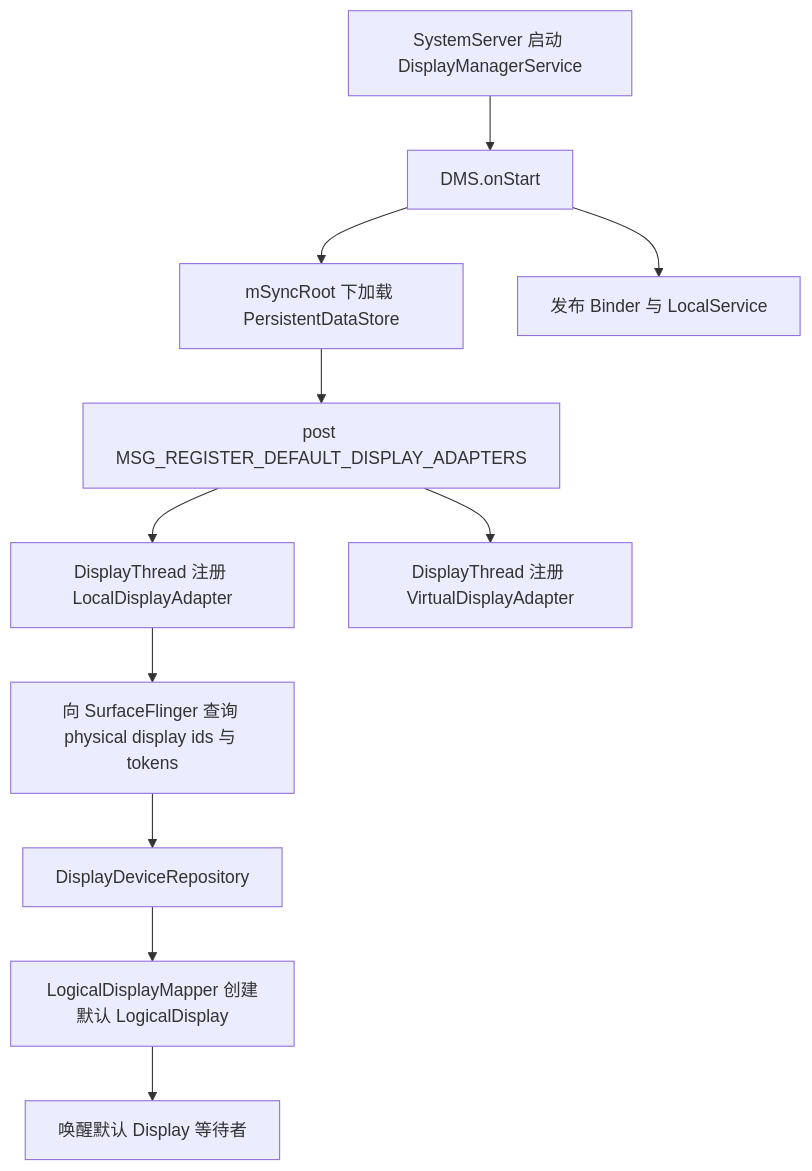
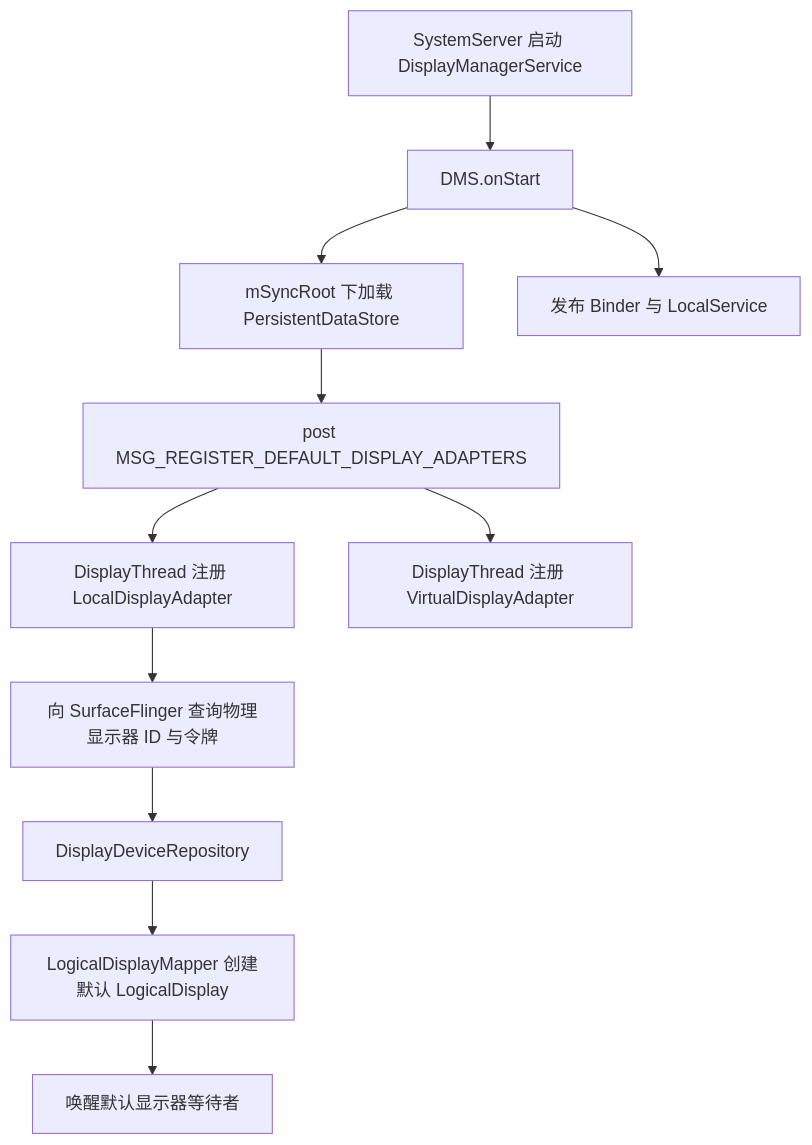
Before and after one commit to Gracker/android-internals-wiki: the first of 3 diagrams in src/part1-fundamentals/ch02-rendering/30-displaymanager-service-lifecycle.md, drawn with Mermaid. The commit also changed other lines of this file and 4 other files, not shown here.

````diff
--- a/src/part1-fundamentals/ch02-rendering/30-displaymanager-service-lifecycle.md
+++ b/src/part1-fundamentals/ch02-rendering/30-displaymanager-service-lifecycle.md
@@ -86,13 +86,13 @@
 ```mermaid
 flowchart TD
     A["SystemServer 启动 DisplayManagerService"] --> B["DMS.onStart"]
     B --> C["mSyncRoot 下加载 PersistentDataStore"]
     C --> D["post MSG_REGISTER_DEFAULT_DISPLAY_ADAPTERS"]
     B --> E["发布 Binder 与 LocalService"]
     D --> F["DisplayThread 注册 LocalDisplayAdapter"]
     D --> G["DisplayThread 注册 VirtualDisplayAdapter"]
-    F --> H["向 SurfaceFlinger 查询 physical display ids 与 tokens"]
+    F --> H["向 SurfaceFlinger 查询物理显示器 ID 与令牌"]
     H --> I["DisplayDeviceRepository"]
     I --> J["LogicalDisplayMapper 创建默认 LogicalDisplay"]
-    J --> K["唤醒默认 Display 等待者"]
+    J --> K["唤醒默认显示器等待者"]
 ```
````
